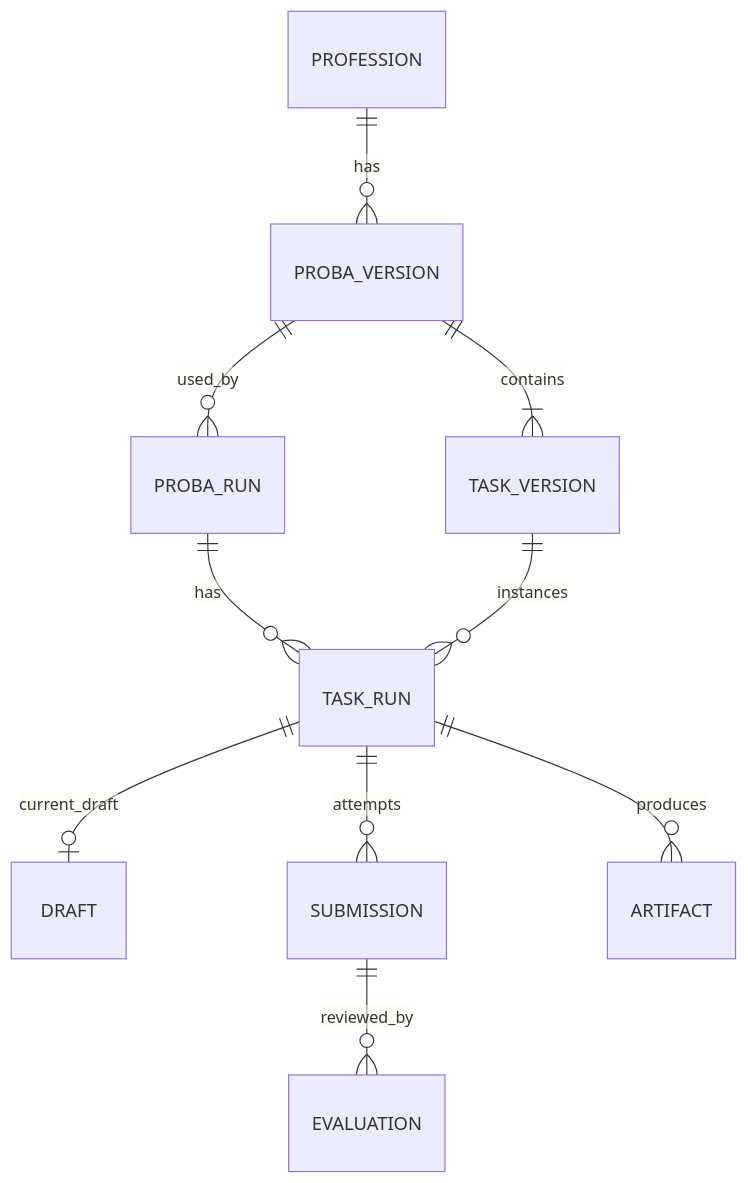
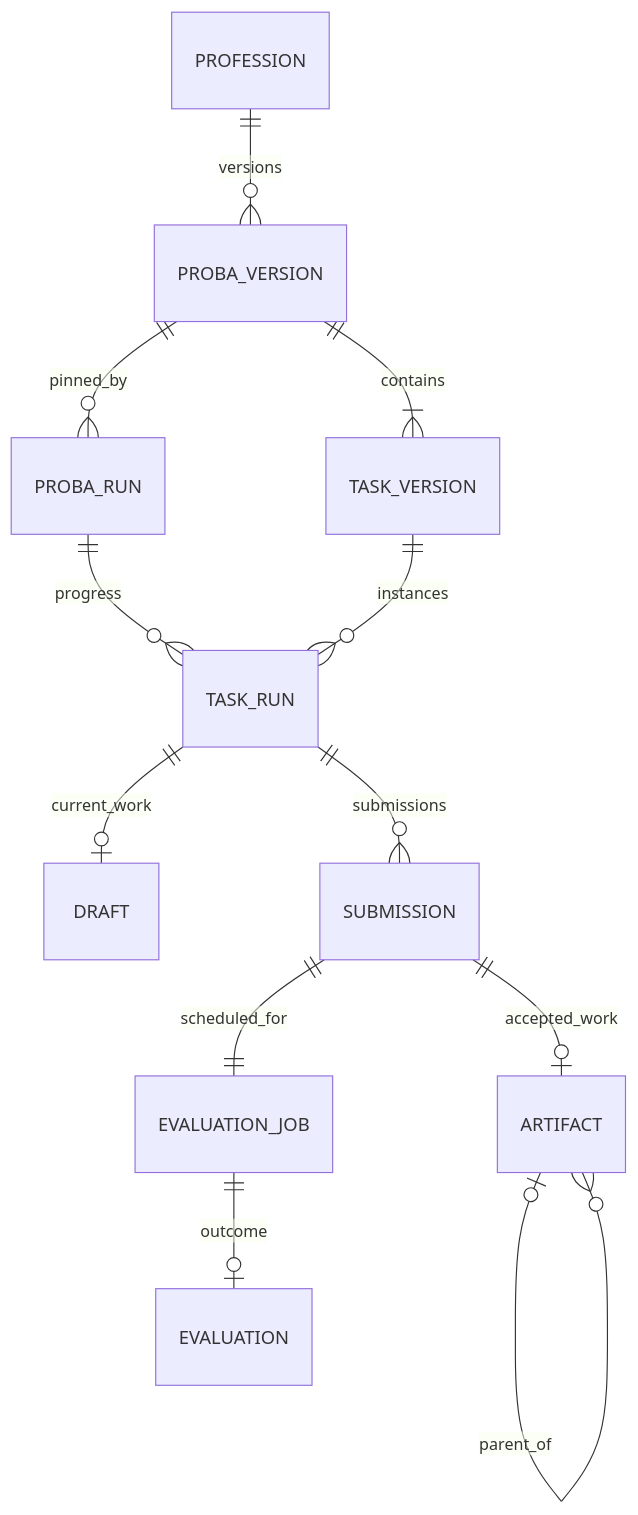
Before and after one commit to suungenius/PROBA-Portfolio: the diagram in docs/04-data-and-sql.md, drawn with Mermaid. The commit also changed other lines of this file and 10 other files, not shown here.

````diff
--- a/docs/04-data-and-sql.md
+++ b/docs/04-data-and-sql.md
@@ -7,12 +5,14 @@
 ```mermaid
 erDiagram
-    PROFESSION ||--o{ PROBA_VERSION : has
+    PROFESSION ||--o{ PROBA_VERSION : versions
     PROBA_VERSION ||--|{ TASK_VERSION : contains
-    PROBA_VERSION ||--o{ PROBA_RUN : used_by
-    PROBA_RUN ||--o{ TASK_RUN : has
+    PROBA_VERSION ||--o{ PROBA_RUN : pinned_by
+    PROBA_RUN ||--o{ TASK_RUN : progress
     TASK_VERSION ||--o{ TASK_RUN : instances
-    TASK_RUN ||--o| DRAFT : current_draft
-    TASK_RUN ||--o{ SUBMISSION : attempts
-    SUBMISSION ||--o{ EVALUATION : reviewed_by
-    TASK_RUN ||--o{ ARTIFACT : produces
+    TASK_RUN ||--o| DRAFT : current_work
+    TASK_RUN ||--o{ SUBMISSION : submissions
+    SUBMISSION ||--|| EVALUATION_JOB : scheduled_for
+    EVALUATION_JOB ||--o| EVALUATION : outcome
+    SUBMISSION ||--o| ARTIFACT : accepted_work
+    ARTIFACT o|--o{ ARTIFACT : parent_of
 ```
````
